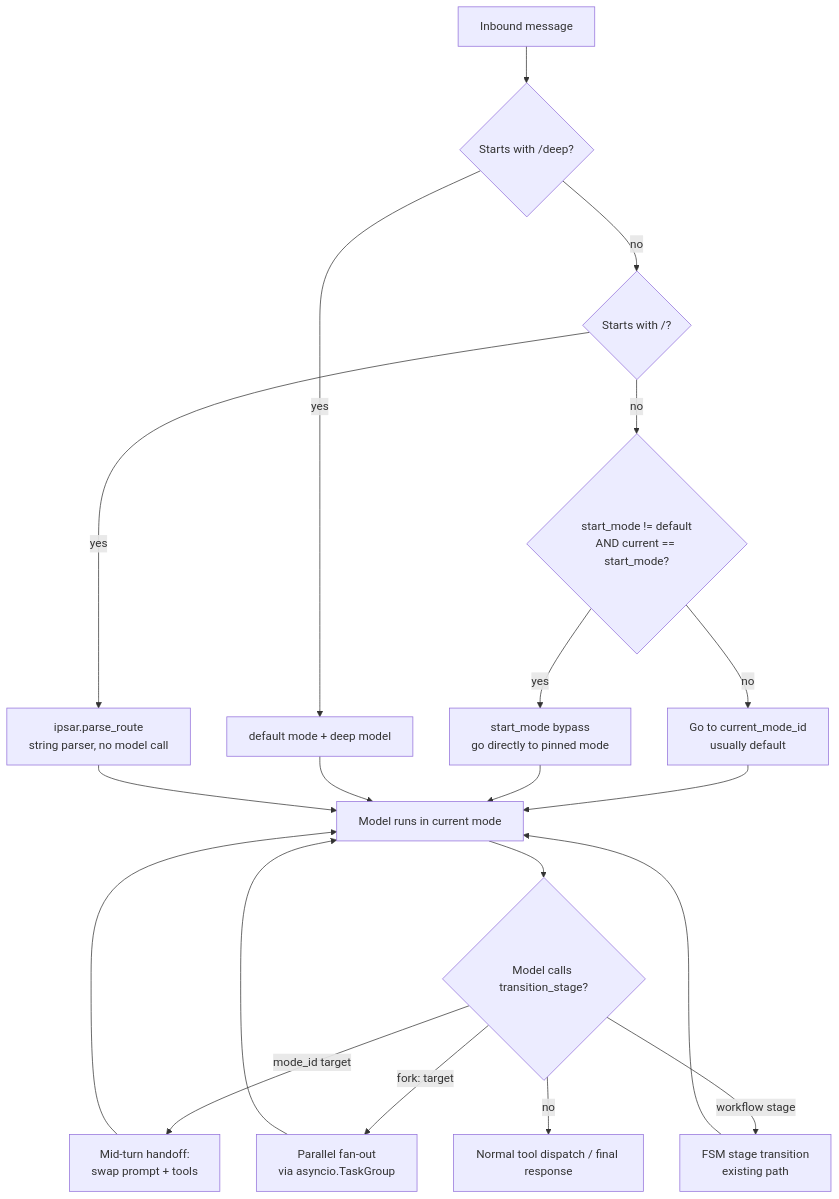
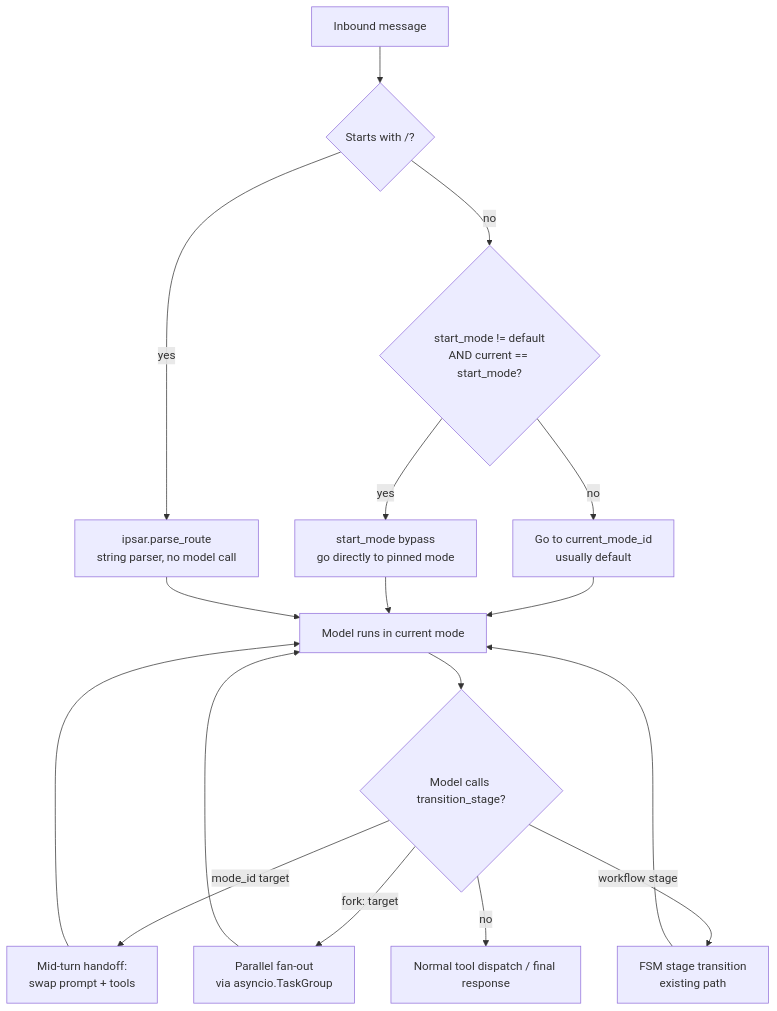
The first of 3 diagrams in docs/ROUTER_DESIGN.md (Lisa-Harness/lisa), drawn with Mermaid before and after one commit. The commit also changed other lines of this file and 12 other files, not shown here.

````diff
--- a/docs/ROUTER_DESIGN.md
+++ b/docs/ROUTER_DESIGN.md
@@ -59,23 +59,20 @@
 ```mermaid
 flowchart TD
-    A[Inbound message] --> B{Starts with /deep?}
-    B -->|yes| C[default mode + deep model]
-    B -->|no| D{Starts with /?}
-    D -->|yes| E[ipsar.parse_route<br/>string parser, no model call]
-    D -->|no| F{start_mode != default
+    A[Inbound message] --> B{Starts with /?}
+    B -->|yes| C[ipsar.parse_route<br/>string parser, no model call]
+    B -->|no| D{start_mode != default
 AND current == start_mode?}
-    F -->|yes| G[start_mode bypass<br/>go directly to pinned mode]
-    F -->|no| H[Go to current_mode_id<br/>usually default]
-    H --> I[Model runs in current mode]
-    I --> J{Model calls transition_stage?}
-    J -->|mode_id target| K[Mid-turn handoff:<br/>swap prompt + tools]
-    J -->|fork: target| L[Parallel fan-out<br/>via asyncio.TaskGroup]
-    J -->|workflow stage| M[FSM stage transition<br/>existing path]
-    J -->|no| N[Normal tool dispatch / final response]
-    K --> I
-    L --> I
-    M --> I
-    G --> I
-    C --> I
-    E --> I
+    D -->|yes| E[start_mode bypass<br/>go directly to pinned mode]
+    D -->|no| F[Go to current_mode_id<br/>usually default]
+    F --> G[Model runs in current mode]
+    G --> H{Model calls transition_stage?}
+    H -->|mode_id target| I[Mid-turn handoff:<br/>swap prompt + tools]
+    H -->|fork: target| J[Parallel fan-out<br/>via asyncio.TaskGroup]
+    H -->|workflow stage| K[FSM stage transition<br/>existing path]
+    H -->|no| L[Normal tool dispatch / final response]
+    I --> G
+    J --> G
+    K --> G
+    E --> G
+    C --> G
 ```
````
